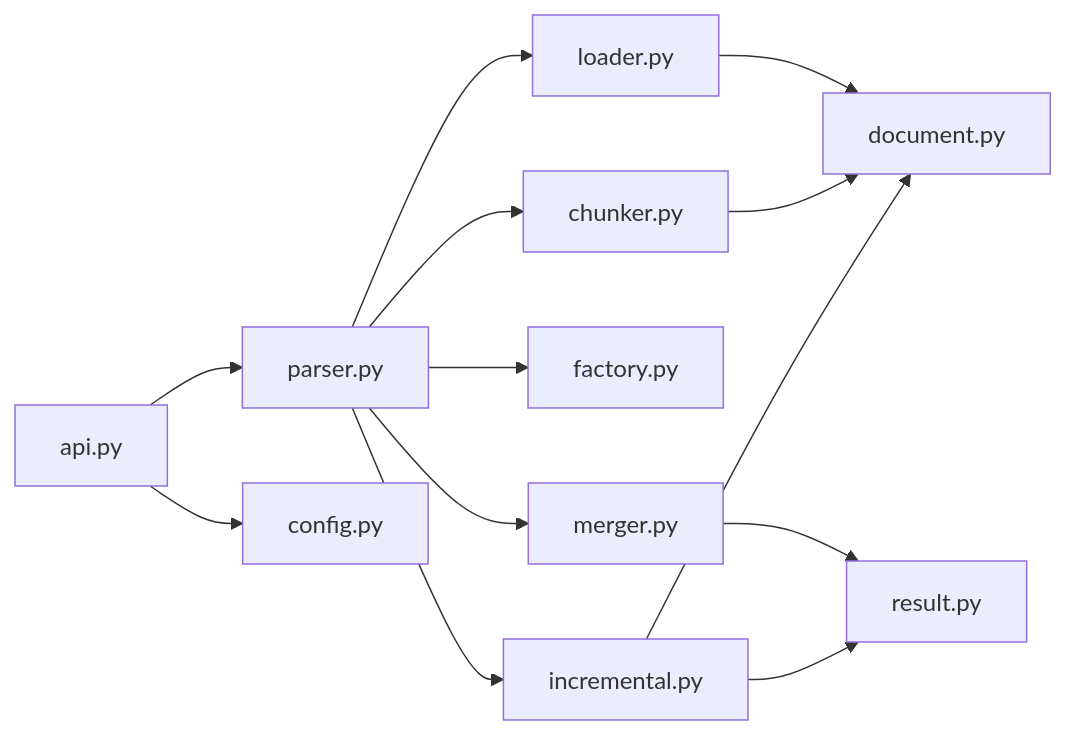
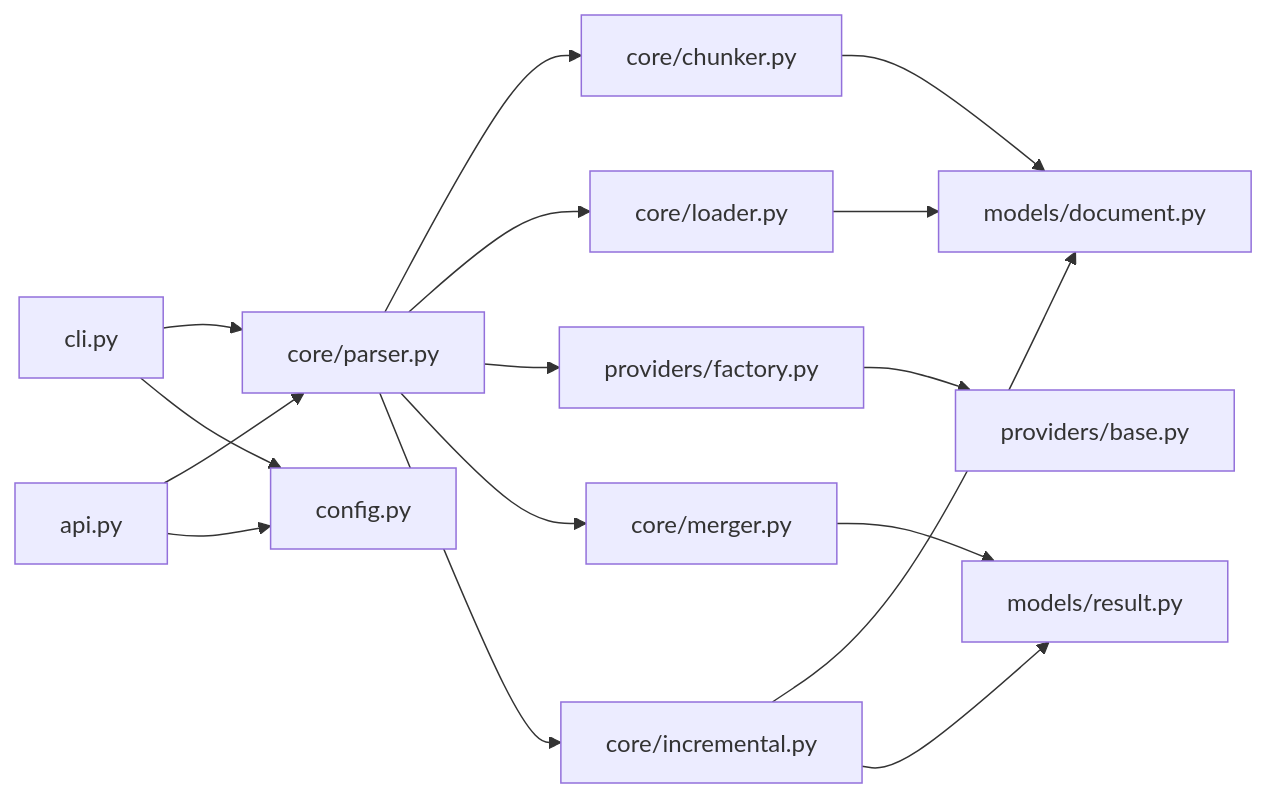
Before and after one commit to wowzhangji/doc_ai_parser: the tenth of 13 diagrams in .qoder/repowiki/zh/content/架构设计/数据流设计.md, drawn with Mermaid. The commit also changed other lines of this file and 25 other files, not shown here.

````diff
--- a/.qoder/repowiki/zh/content/架构设计/数据流设计.md
+++ b/.qoder/repowiki/zh/content/架构设计/数据流设计.md
@@ -384,15 +421,18 @@
 ```mermaid
 graph LR
-Parser["parser.py"] --> Chunker["chunker.py"]
-Parser --> Loader["loader.py"]
-Parser --> Factory["factory.py"]
-Parser --> Merger["merger.py"]
-Parser --> Inc["incremental.py"]
-Loader --> Doc["document.py"]
+CLI["cli.py"] --> Parser["core/parser.py"]
+API["api.py"] --> Parser
+Parser --> Chunker["core/chunker.py"]
+Parser --> Loader["core/loader.py"]
+Parser --> Factory["providers/factory.py"]
+Parser --> Merger["core/merger.py"]
+Parser --> Incremental["core/incremental.py"]
+Loader --> Doc["models/document.py"]
 Chunker --> Doc
-Merger --> Res["result.py"]
-Inc --> Doc
-Inc --> Res
-API["api.py"] --> Parser
+Merger --> Res["models/result.py"]
+Incremental --> Doc
+Incremental --> Res
+Factory --> Base["providers/base.py"]
 API --> Config["config.py"]
+CLI --> Config
 ```
````
